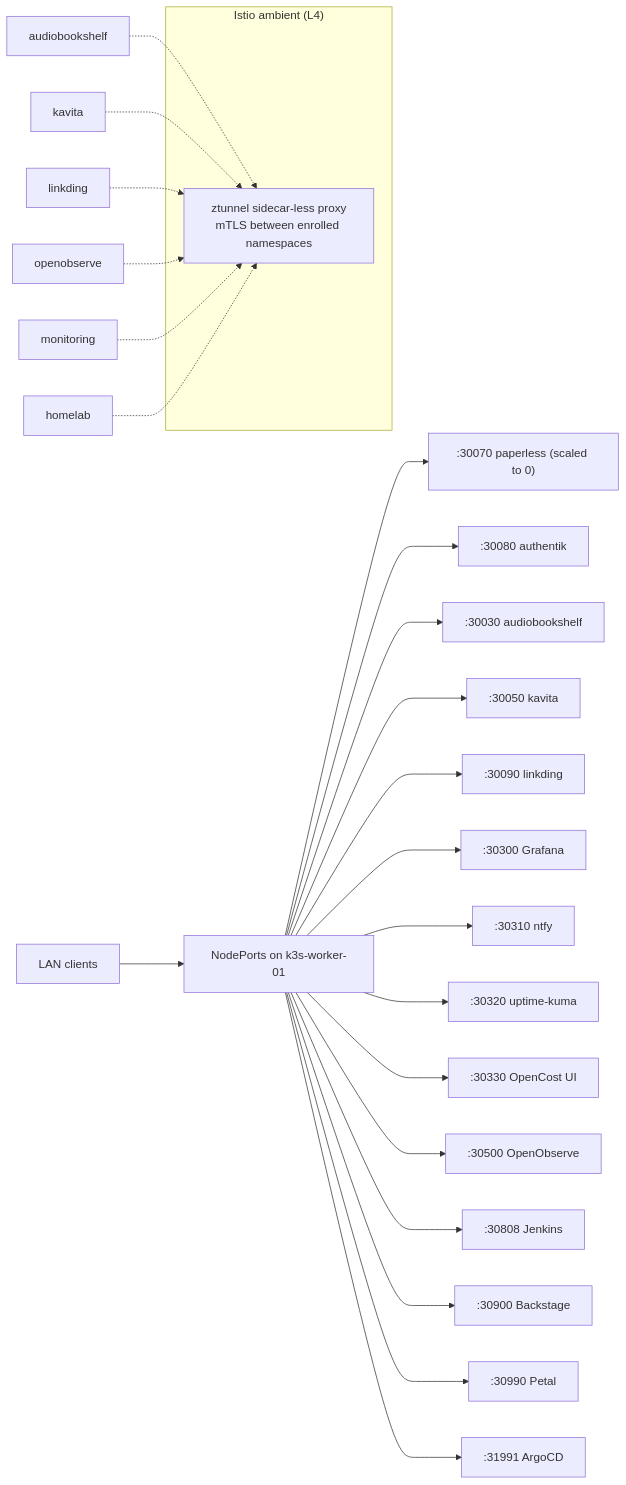
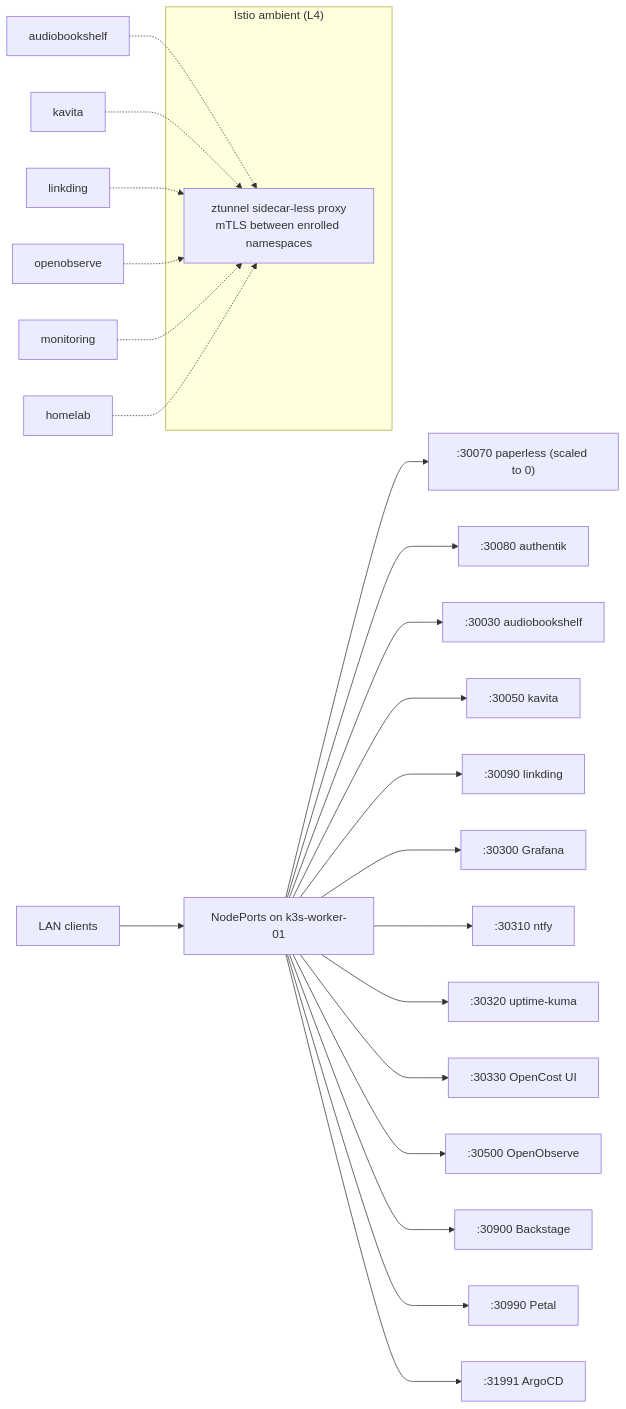
The eighth of 9 diagrams in docs/architecture.md (Blacklotus89898/Homelab), drawn with Mermaid before and after one commit. The commit also changed other lines of this file and 17 other files, not shown here.

````diff
--- a/docs/architecture.md
+++ b/docs/architecture.md
@@ -319,22 +305,21 @@
 ```mermaid
 flowchart LR
   IN["LAN clients"] --> NP["NodePorts on k3s-worker-01"]
   NP --> P30070[":30070 paperless (scaled to 0)"]
   NP --> P30080[":30080 authentik"]
   NP --> P30030[":30030 audiobookshelf"]
   NP --> P30050[":30050 kavita"]
   NP --> P30090[":30090 linkding"]
   NP --> P30300[":30300 Grafana"]
   NP --> P30310[":30310 ntfy"]
   NP --> P30320[":30320 uptime-kuma"]
   NP --> P30330[":30330 OpenCost UI"]
   NP --> P30500[":30500 OpenObserve"]
-  NP --> P30808[":30808 Jenkins"]
   NP --> P30900[":30900 Backstage"]
   NP --> P30990[":30990 Petal"]
   NP --> P31991[":31991 ArgoCD"]
   subgraph mesh["Istio ambient (L4)"]
     Z["ztunnel sidecar-less proxy<br/>mTLS between enrolled namespaces"]
   end
   audiobookshelf & kavita & linkding & openobserve & monitoring & homelab -.-> Z
 ```
````
